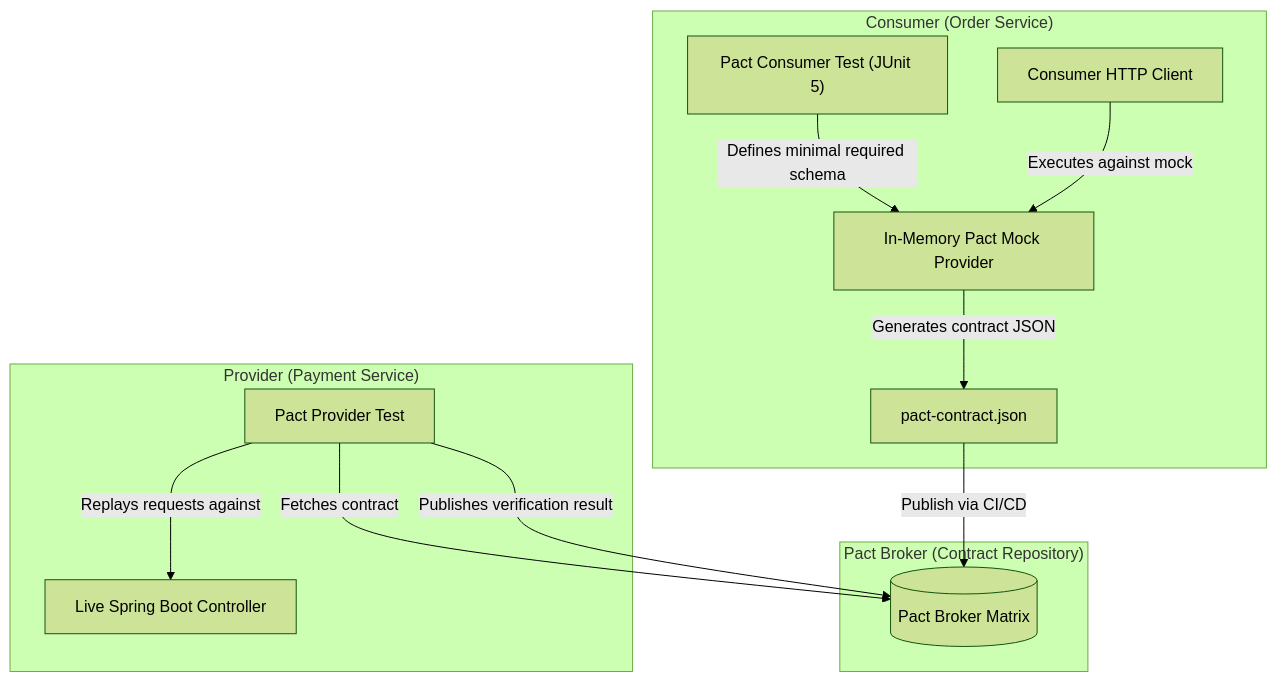
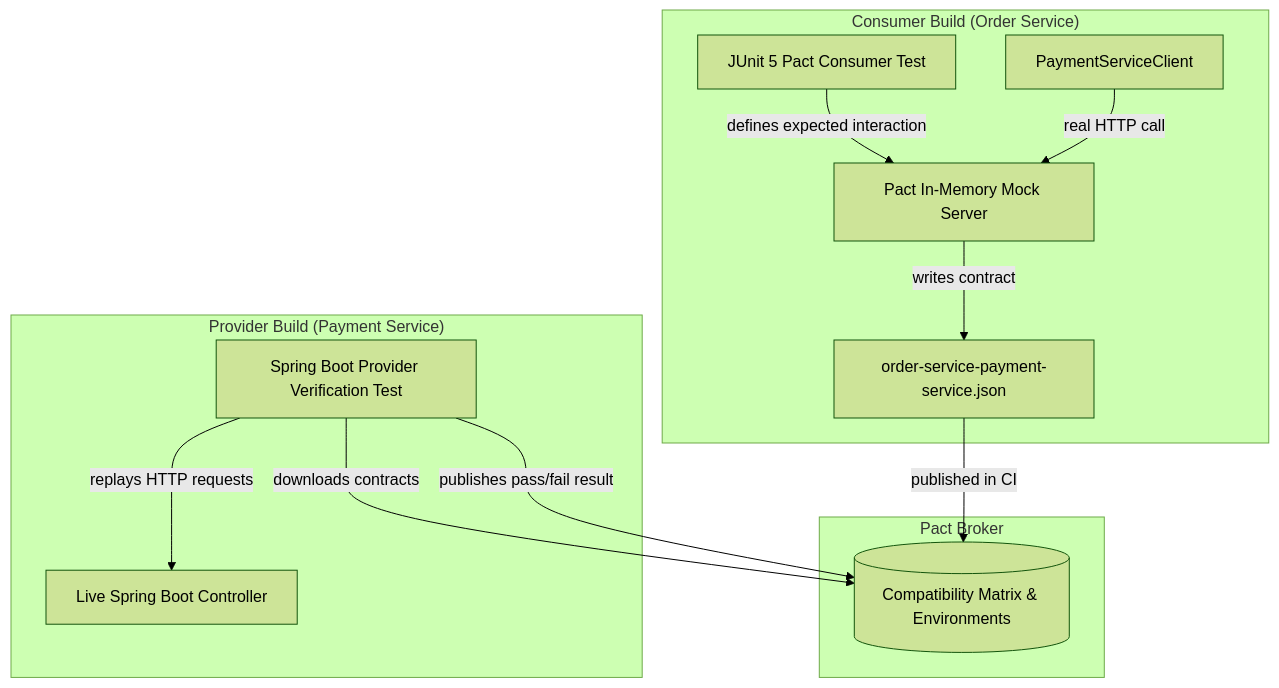
The first of 2 diagrams in content/roadmap/level-11/contract-testing-with-pact.md (ravishankar2463/java_hub), drawn with Mermaid (forest theme) before and after one commit. The commit also changed other lines of this file and 119 other files, not shown here.

Commit message:
feat: add comprehensive java learning roadmap content across multiple levels

````diff
--- a/content/roadmap/level-11/contract-testing-with-pact.md
+++ b/content/roadmap/level-11/contract-testing-with-pact.md
@@ -20,27 +27,28 @@
 ```mermaid
 flowchart TD
-    subgraph ConsumerDomain["Consumer (Order Service)"]
-        ConsumerCode["Consumer HTTP Client"]
-        PactTest["Pact Consumer Test (JUnit 5)"]
-        MockServer["In-Memory Pact Mock Provider"]
-        
-        PactTest -->|"Defines minimal required schema"| MockServer
-        ConsumerCode -->|"Executes against mock"| MockServer
-        MockServer -->|"Generates contract JSON"| PactFile["pact-contract.json"]
+    subgraph Consumer["Consumer Build (Order Service)"]
+        CClient["PaymentServiceClient"]
+        CTest["JUnit 5 Pact Consumer Test"]
+        Mock["Pact In-Memory Mock Server"]
+        PactJson["order-service-payment-service.json"]
+
+        CTest -->|"defines expected interaction"| Mock
+        CClient -->|"real HTTP call"| Mock
+        Mock -->|"writes contract"| PactJson
     end
 
-    subgraph BrokerDomain["Pact Broker (Contract Repository)"]
-        Broker[("Pact Broker Matrix")]
+    subgraph Broker["Pact Broker"]
+        Matrix[("Compatibility Matrix & Environments")]
     end
 
-    subgraph ProviderDomain["Provider (Payment Service)"]
-        ProviderCode["Live Spring Boot Controller"]
-        VerifyTest["Pact Provider Test"]
-        
-        VerifyTest -->|"Fetches contract"| Broker
-        VerifyTest -->|"Replays requests against"| ProviderCode
-        VerifyTest -->|"Publishes verification result"| Broker
+    subgraph Provider["Provider Build (Payment Service)"]
+        PTest["Spring Boot Provider Verification Test"]
+        PApp["Live Spring Boot Controller"]
+
+        PTest -->|"downloads contracts"| Matrix
+        PTest -->|"replays HTTP requests"| PApp
+        PTest -->|"publishes pass/fail result"| Matrix
     end
 
-    PactFile -->|"Publish via CI/CD"| Broker
+    PactJson -->|"published in CI"| Matrix
 ```
````
